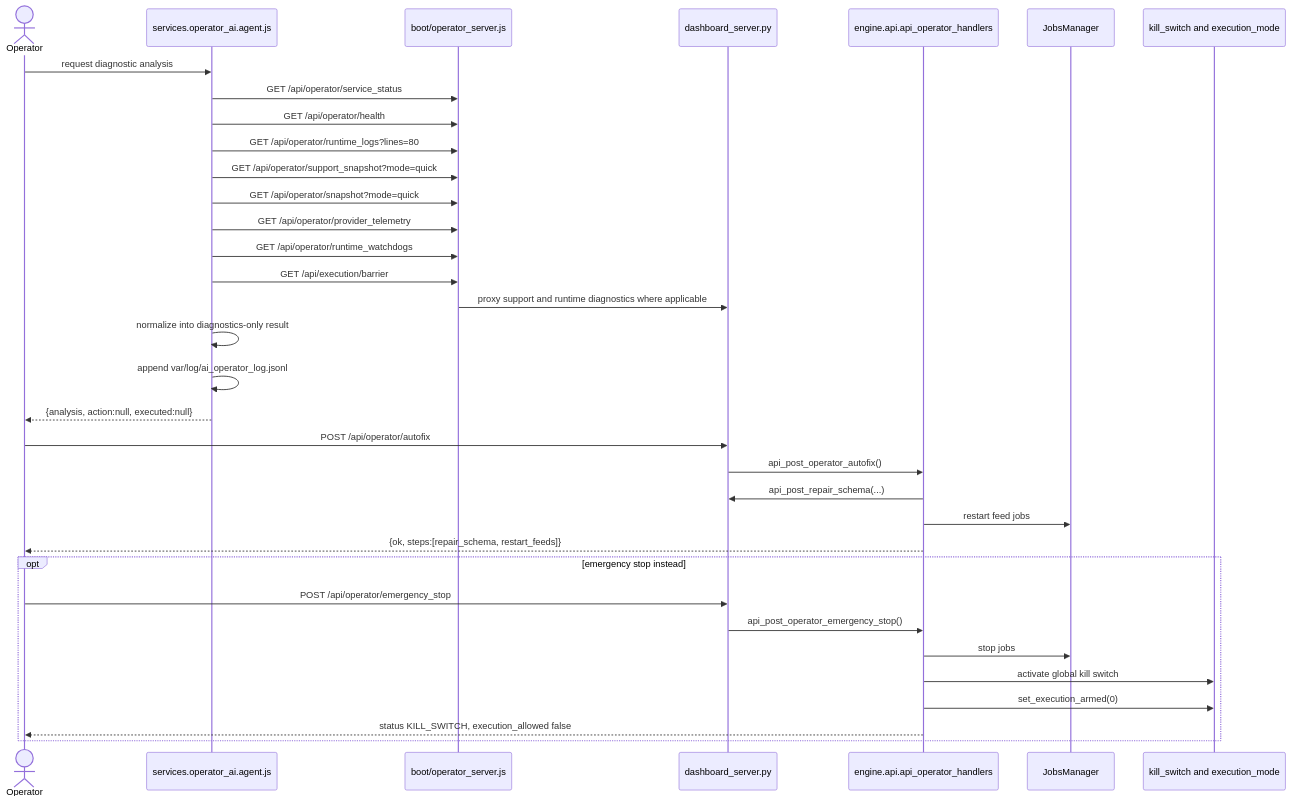
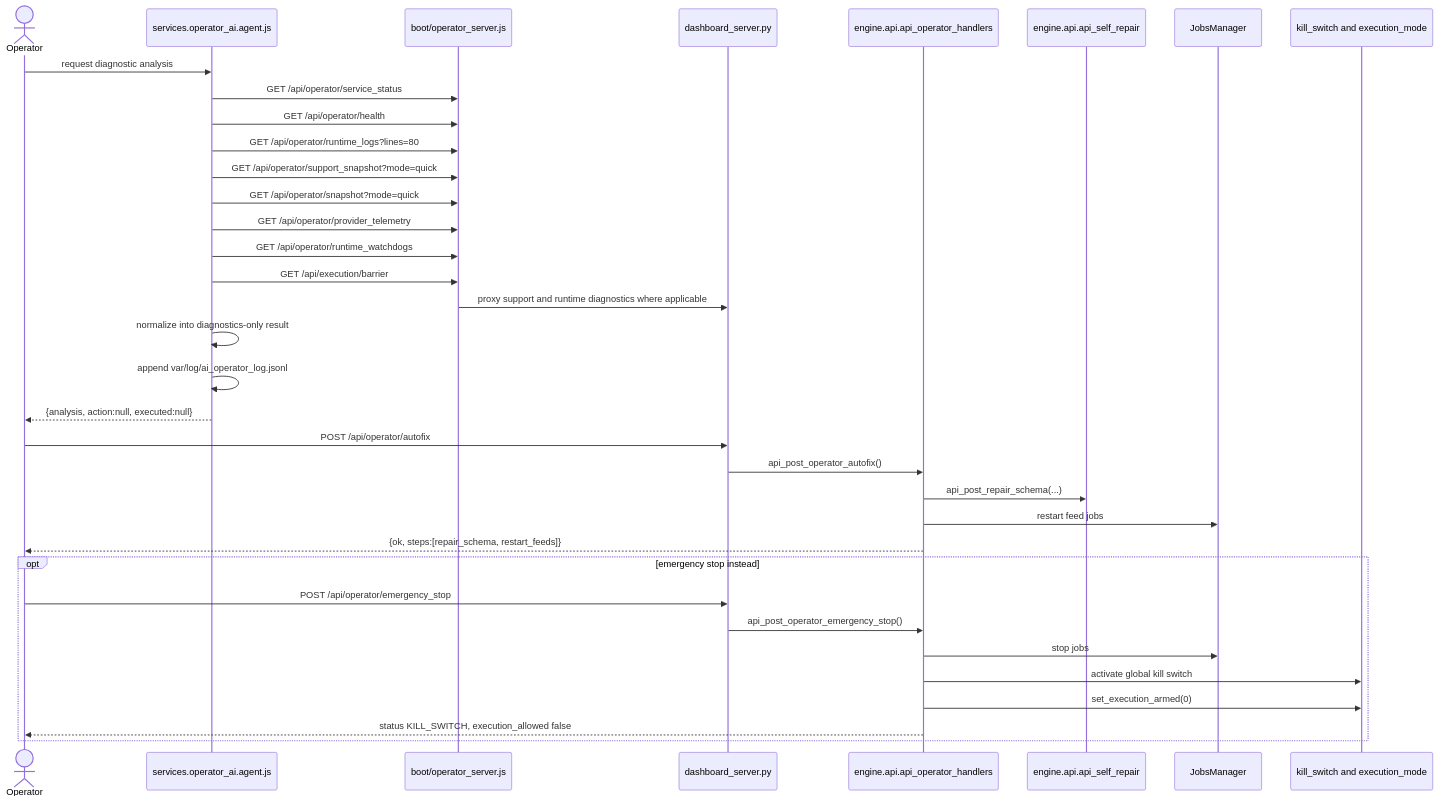
Before and after one commit to dschincariol/system: the fourth of 5 diagrams in docs/SEQUENCE_DIAGRAMS_EXTENDED.md, drawn with Mermaid. The commit also changed other lines of this file and 290 other files, not shown here.

````diff
--- a/docs/SEQUENCE_DIAGRAMS_EXTENDED.md
+++ b/docs/SEQUENCE_DIAGRAMS_EXTENDED.md
@@ -157,39 +158,40 @@
 ```mermaid
 sequenceDiagram
     actor Operator
     participant Agent as services.operator_ai.agent.js
     participant Op as boot/operator_server.js
     participant Dash as dashboard_server.py
     participant Ops as engine.api.api_operator_handlers
+    participant Repair as engine.api.api_self_repair
     participant Jobs as JobsManager
     participant Safety as kill_switch and execution_mode
 
     Operator->>Agent: request diagnostic analysis
     Agent->>Op: GET /api/operator/service_status
     Agent->>Op: GET /api/operator/health
     Agent->>Op: GET /api/operator/runtime_logs?lines=80
     Agent->>Op: GET /api/operator/support_snapshot?mode=quick
     Agent->>Op: GET /api/operator/snapshot?mode=quick
     Agent->>Op: GET /api/operator/provider_telemetry
     Agent->>Op: GET /api/operator/runtime_watchdogs
     Agent->>Op: GET /api/execution/barrier
     Op->>Dash: proxy support and runtime diagnostics where applicable
     Agent->>Agent: normalize into diagnostics-only result
     Agent->>Agent: append var/log/ai_operator_log.jsonl
     Agent-->>Operator: {analysis, action:null, executed:null}
 
     Operator->>Dash: POST /api/operator/autofix
     Dash->>Ops: api_post_operator_autofix()
-    Ops->>Dash: api_post_repair_schema(...)
+    Ops->>Repair: api_post_repair_schema(...)
     Ops->>Jobs: restart feed jobs
     Ops-->>Operator: {ok, steps:[repair_schema, restart_feeds]}
 
     opt emergency stop instead
         Operator->>Dash: POST /api/operator/emergency_stop
         Dash->>Ops: api_post_operator_emergency_stop()
         Ops->>Jobs: stop jobs
         Ops->>Safety: activate global kill switch
         Ops->>Safety: set_execution_armed(0)
         Ops-->>Operator: status KILL_SWITCH, execution_allowed false
     end
 ```
````
